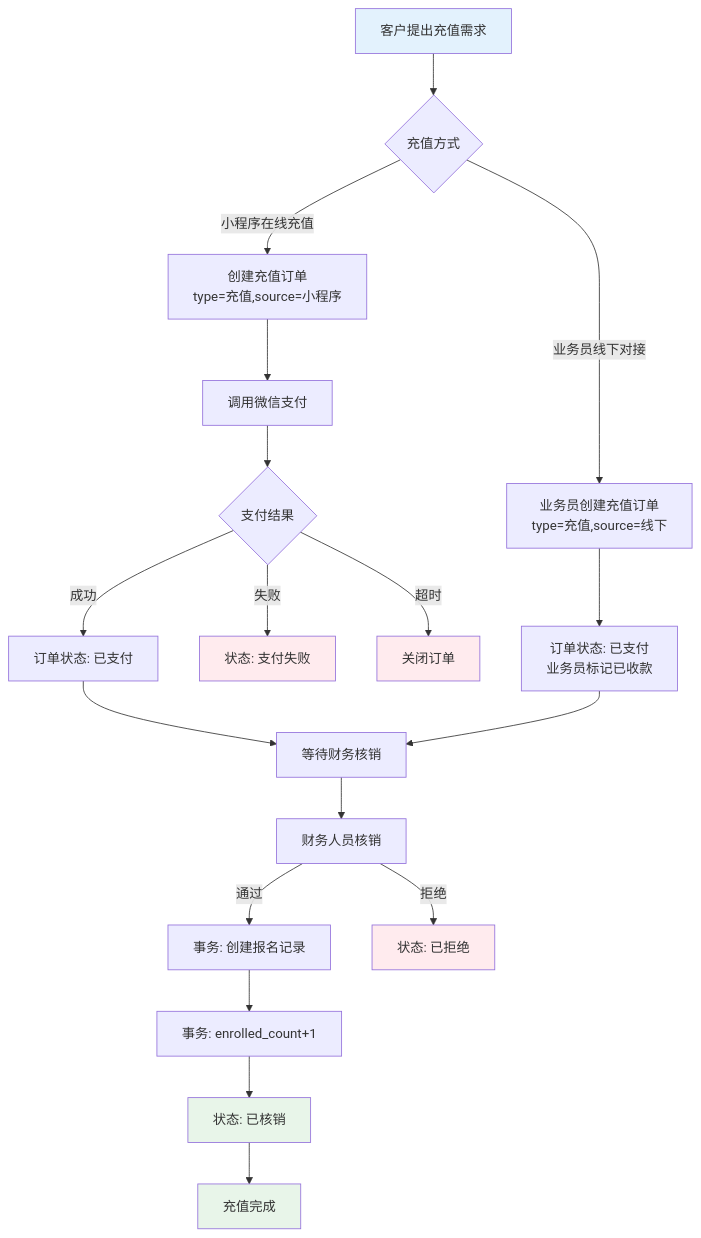
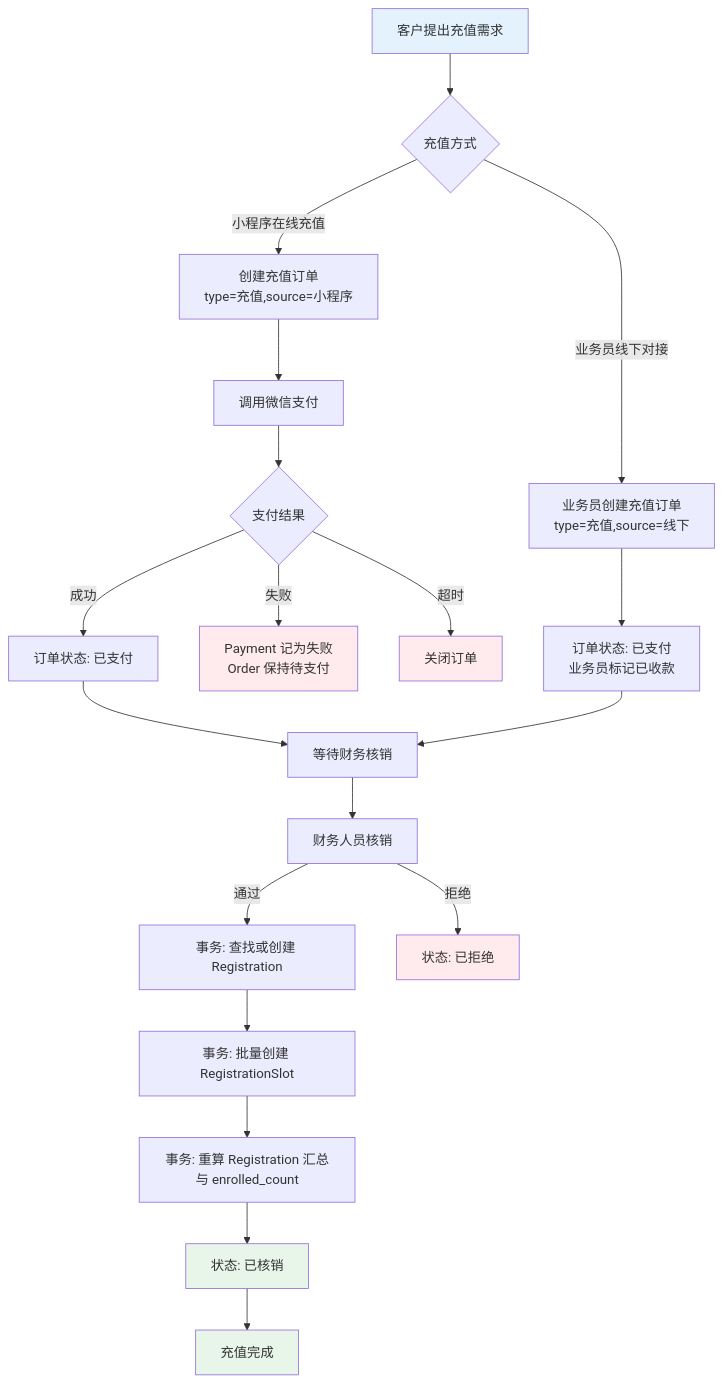
Before and after one commit to zingxy/side-job: the seventh of 9 diagrams in 课程培训平台/PRD.md, drawn with Mermaid. The commit also changed other lines of this file, not shown here.

````diff
--- a/课程培训平台/PRD.md
+++ b/课程培训平台/PRD.md
@@ -702,27 +748,28 @@
 ```mermaid
 flowchart TD
     A[客户提出充值需求] --> B{充值方式}
     B -->|小程序在线充值| C[创建充值订单<br/>type=充值,source=小程序]
     B -->|业务员线下对接| D[业务员创建充值订单<br/>type=充值,source=线下]
     C --> E[调用微信支付]
     E --> F{支付结果}
     F -->|成功| G[订单状态: 已支付]
-    F -->|失败| H[状态: 支付失败]
+    F -->|失败| H[Payment 记为失败<br/>Order 保持待支付]
     F -->|超时| I[关闭订单]
     D --> J[订单状态: 已支付<br/>业务员标记已收款]
     G --> K[等待财务核销]
     J --> K
     K --> L[财务人员核销]
-    L -->|通过| M[事务: 创建报名记录]
-    M --> N[事务: enrolled_count+1]
-    N --> O[状态: 已核销]
-    L -->|拒绝| P[状态: 已拒绝]
-    O --> Q[充值完成]
+    L -->|通过| M[事务: 查找或创建 Registration]
+    M --> N[事务: 批量创建 RegistrationSlot]
+    N --> O[事务: 重算 Registration 汇总与 enrolled_count]
+    O --> P[状态: 已核销]
+    L -->|拒绝| R[状态: 已拒绝]
+    P --> Q[充值完成]
 
     style A fill:#e3f2fd
     style Q fill:#e8f5e9
-    style O fill:#e8f5e9
+    style P fill:#e8f5e9
     style H fill:#ffebee
     style I fill:#ffebee
-    style P fill:#ffebee
+    style R fill:#ffebee
 ```
````
